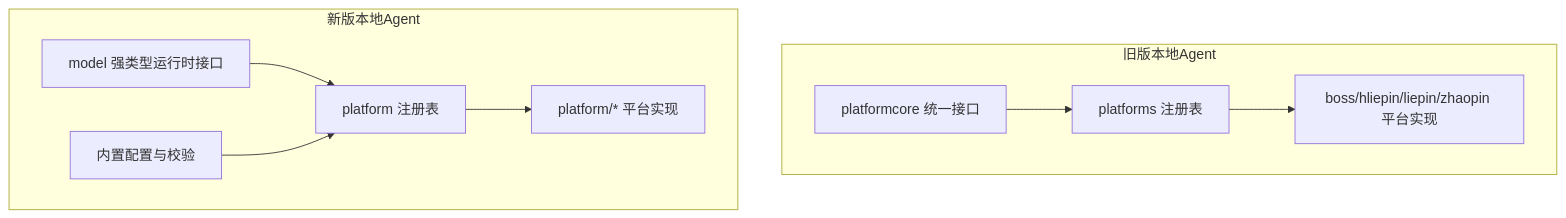
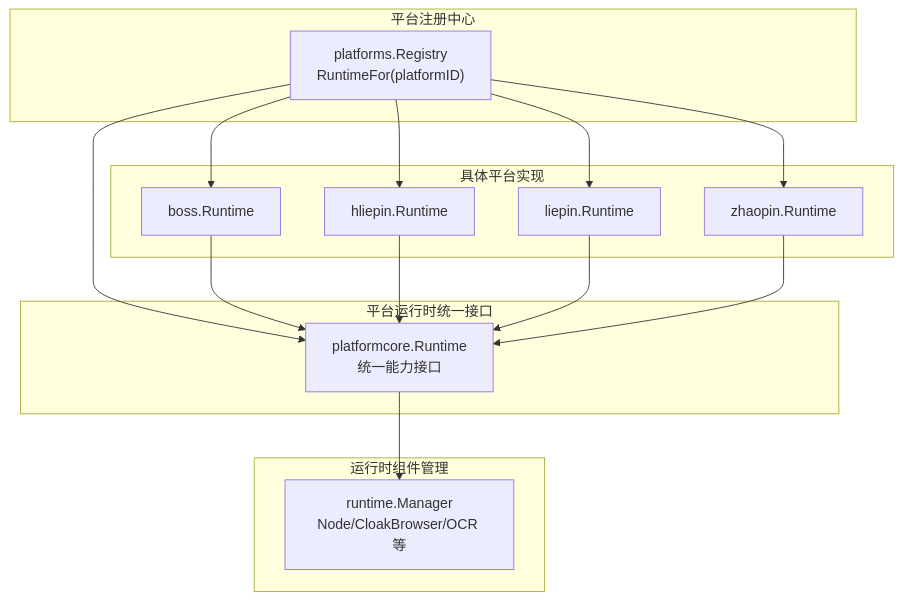
Before and after one commit to alvinwangzi/goodhr: the first of 7 diagrams in .qoder/repowiki/zh/content/系统架构/本地Agent架构/平台适配器系统/平台注册中心.md, drawn with Mermaid. The commit also changed other lines of this file and 149 other files, not shown here.

````diff
--- a/.qoder/repowiki/zh/content/系统架构/本地Agent架构/平台适配器系统/平台注册中心.md
+++ b/.qoder/repowiki/zh/content/系统架构/本地Agent架构/平台适配器系统/平台注册中心.md
@@ -41,19 +33,28 @@
 ```mermaid
 graph TB
-subgraph "旧版本地Agent"
-A["platformcore 统一接口"]
-B["platforms 注册表"]
-C["boss/hliepin/liepin/zhaopin 平台实现"]
+subgraph "平台注册中心"
+REG["platforms.Registry<br/>RuntimeFor(platformID)"]
 end
-subgraph "新版本地Agent"
-D["model 强类型运行时接口"]
-E["platform 注册表"]
-F["platform/* 平台实现"]
-G["内置配置与校验"]
+subgraph "平台运行时统一接口"
+CORE["platformcore.Runtime<br/>统一能力接口"]
 end
-A --> B
-B --> C
-D --> E
-E --> F
-G --> E
+subgraph "具体平台实现"
+BOSS["boss.Runtime"]
+HLPIN["hliepin.Runtime"]
+LEPIN["liepin.Runtime"]
+ZP["zhaopin.Runtime"]
+end
+subgraph "运行时组件管理"
+RMGR["runtime.Manager<br/>Node/CloakBrowser/OCR 等"]
+end
+REG --> CORE
+REG --> BOSS
+REG --> HLPIN
+REG --> LEPIN
+REG --> ZP
+BOSS --> CORE
+HLPIN --> CORE
+LEPIN --> CORE
+ZP --> CORE
+CORE --> RMGR
 ```
````
